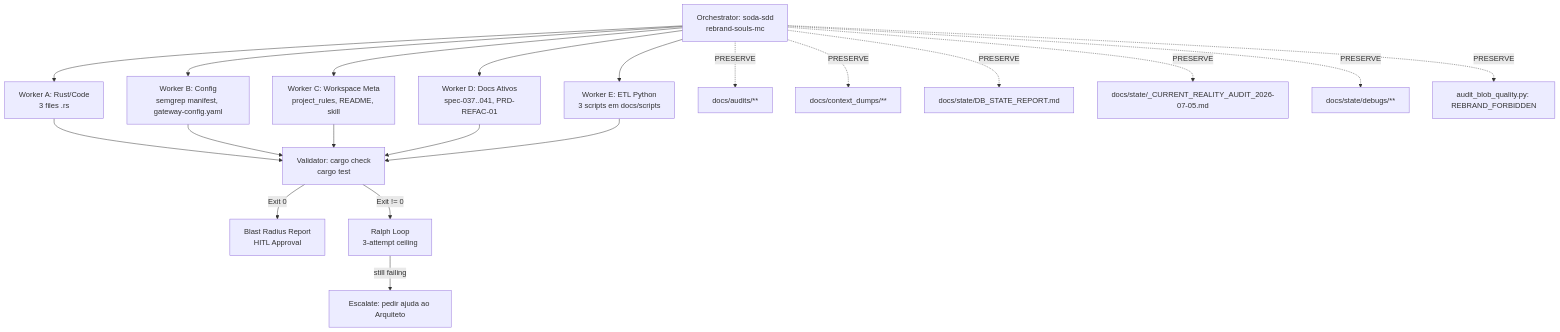
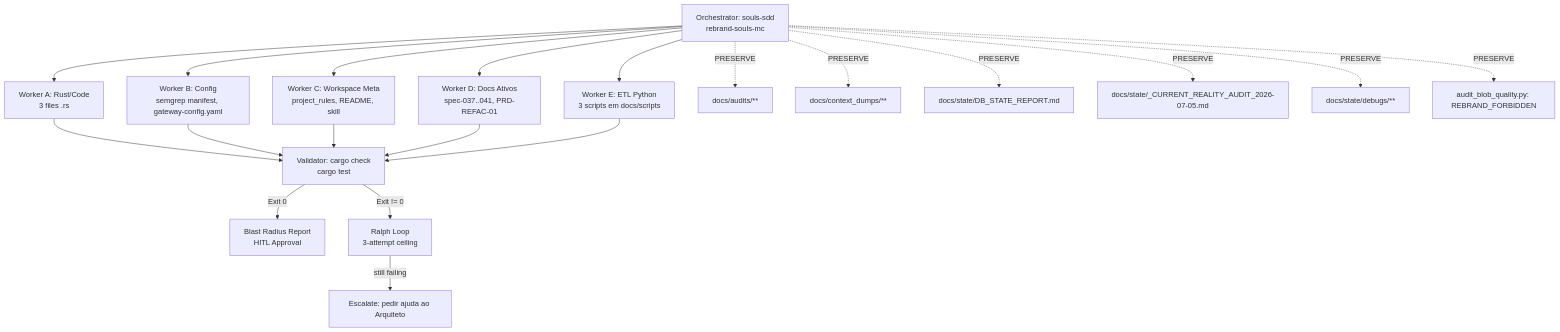
The diagram in docs/fixes/design.md (brunosrosa/genesis_mc), drawn with Mermaid before and after one commit. The commit also changed other lines of this file and 237 other files, not shown here.

Commit message:
feat: implement core Tauri-based architecture including local harvesting, SAST integration, RAG cognition modules, and extensive design documentation

````diff
--- a/docs/fixes/design.md
+++ b/docs/fixes/design.md
@@ -42,24 +42,24 @@
 ```mermaid
 flowchart TD
-    O[Orchestrator: soda-sdd<br/>rebrand-souls-mc] --> W1[Worker A: Rust/Code<br/>3 files .rs]
+    O[Orchestrator: souls-sdd<br/>rebrand-souls-mc] --> W1[Worker A: Rust/Code<br/>3 files .rs]
     O --> W2[Worker B: Config<br/>semgrep manifest, gateway-config.yaml]
     O --> W3[Worker C: Workspace Meta<br/>project_rules, README, skill]
     O --> W4[Worker D: Docs Ativos<br/>spec-037..041, PRD-REFAC-01]
     O --> W5[Worker E: ETL Python<br/>3 scripts em docs/scripts]
     O -.PRESERVE.-> P1[docs/audits/**]
     O -.PRESERVE.-> P2[docs/context_dumps/**]
     O -.PRESERVE.-> P3[docs/state/DB_STATE_REPORT.md]
     O -.PRESERVE.-> P4[docs/state/_CURRENT_REALITY_AUDIT_2026-07-05.md]
     O -.PRESERVE.-> P5[docs/state/debugs/**]
     O -.PRESERVE.-> P6[audit_blob_quality.py: REBRAND_FORBIDDEN]
 
     W1 --> V[Validator: cargo check<br/>cargo test]
     W2 --> V
     W3 --> V
     W4 --> V
     W5 --> V
 
     V -->|Exit 0| H[Blast Radius Report<br/>HITL Approval]
     V -->|Exit != 0| R[Ralph Loop<br/>3-attempt ceiling]
     R -->|still failing| ESC[Escalate: pedir ajuda ao Arquiteto]
 ```
````
